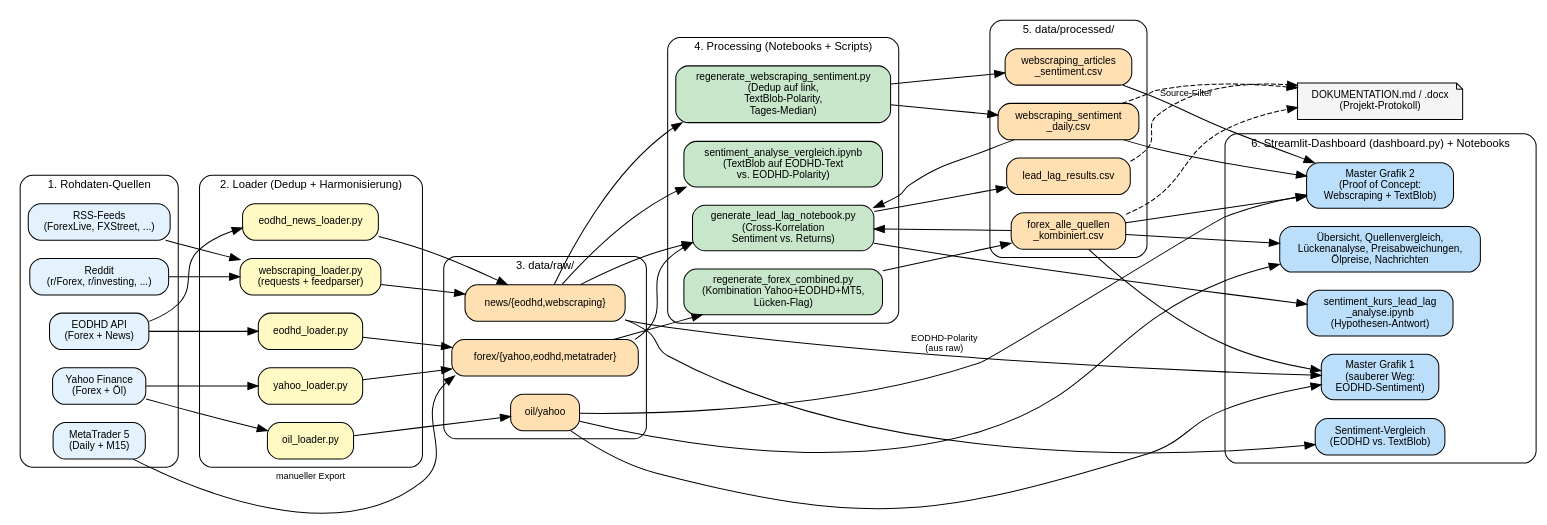
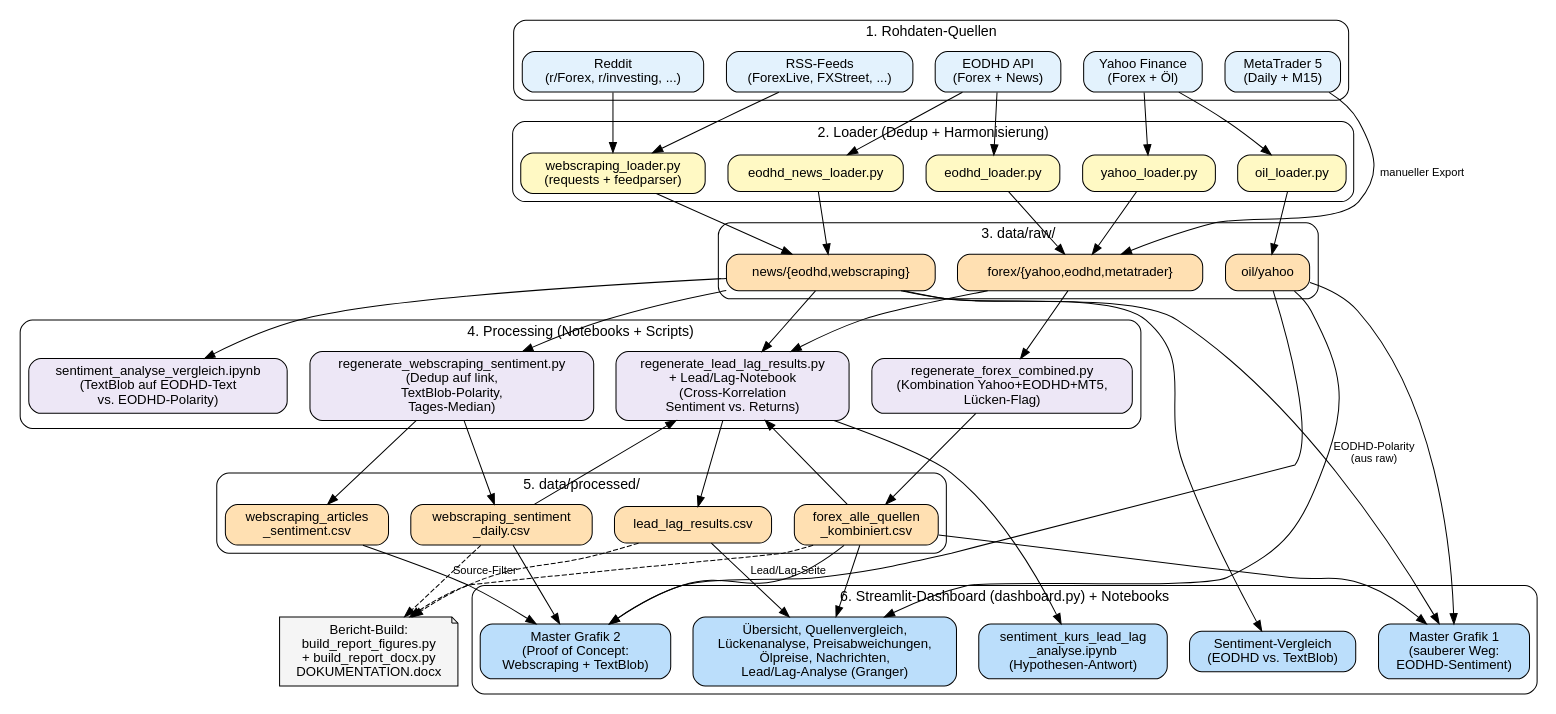
Before and after one commit to Jerycodes/26FS-BAI-Data-Engineering-and-Wrangling: the diagram in docs/architektur/pipeline.gv, drawn with Graphviz. The commit also changed 39 other files, not shown here.

```diff
--- a/docs/architektur/pipeline.gv
+++ b/docs/architektur/pipeline.gv
@@ -1,122 +1,126 @@
-// Quelle: extrahiert aus dashboard.py "Workflow"-Seite (Stand 2026-05-06).
-// Identisch zu st.graphviz_chart(workflow_dot, ...) im Dashboard, damit der
-// statische Bericht und das interaktive Dashboard dasselbe Diagramm zeigen.
+// Pipeline-Diagramm fuer den Bericht (Abbildung 1 in DOKUMENTATION.docx).
+// Urspruenglich aus der dashboard.py "Workflow"-Seite extrahiert, fuer den
+// Bericht aber angepasst: vertikales Layout (rankdir=TB, lesbarer im A4-
+// Hochformat), groessere Schrift, violette statt gruene Prozess-Knoten
+// (Bericht-Farbregel: kein Rot/Gruen).
 //
 // Rendern:
 //   dot -Tpng pipeline.gv -o pipeline.png
 //   dot -Tsvg pipeline.gv -o pipeline.svg
 // (Dot via `brew install graphviz`. Alternativ online: https://dreampuf.github.io/GraphvizOnline/)
 
 digraph workflow {
-    rankdir=LR;
+    rankdir=TB;
+    ranksep=0.55; nodesep=0.3;
     bgcolor="white";
-    node [fontname="Helvetica", fontsize=10, style="filled,rounded", shape=box, margin="0.15,0.08"];
-    edge [fontname="Helvetica", fontsize=9, color="#888"];
+    node [fontname="Helvetica", fontsize=13, style="filled,rounded", shape=box, margin="0.15,0.08"];
+    edge [fontname="Helvetica", fontsize=11, color="#888"];
 
     // Farben nach Schicht
     subgraph cluster_sources {
         label="1. Rohdaten-Quellen";
-        fontname="Helvetica"; fontsize=11; style=rounded; color="#999";
+        fontname="Helvetica"; fontsize=14; style=rounded; color="#999";
         yahoo   [label="Yahoo Finance\n(Forex + Öl)",          fillcolor="#E3F2FD"];
         eodhd   [label="EODHD API\n(Forex + News)",             fillcolor="#E3F2FD"];
         mt5     [label="MetaTrader 5\n(Daily + M15)",           fillcolor="#E3F2FD"];
         rss     [label="RSS-Feeds\n(ForexLive, FXStreet, ...)", fillcolor="#E3F2FD"];
         reddit  [label="Reddit\n(r/Forex, r/investing, ...)",   fillcolor="#E3F2FD"];
     }
 
     subgraph cluster_loaders {
         label="2. Loader (Dedup + Harmonisierung)";
-        fontname="Helvetica"; fontsize=11; style=rounded; color="#999";
+        fontname="Helvetica"; fontsize=14; style=rounded; color="#999";
         yahoo_l   [label="yahoo_loader.py",          fillcolor="#FFF9C4"];
         eodhd_l   [label="eodhd_loader.py",          fillcolor="#FFF9C4"];
         news_l    [label="eodhd_news_loader.py",     fillcolor="#FFF9C4"];
         web_l     [label="webscraping_loader.py\n(requests + feedparser)", fillcolor="#FFF9C4"];
         oil_l     [label="oil_loader.py",            fillcolor="#FFF9C4"];
     }
 
     subgraph cluster_raw {
         label="3. data/raw/";
-        fontname="Helvetica"; fontsize=11; style=rounded; color="#999";
+        fontname="Helvetica"; fontsize=14; style=rounded; color="#999";
         raw_fx    [label="forex/{yahoo,eodhd,metatrader}", fillcolor="#FFE0B2"];
         raw_news  [label="news/{eodhd,webscraping}",       fillcolor="#FFE0B2"];
         raw_oil   [label="oil/yahoo",                      fillcolor="#FFE0B2"];
     }
 
     subgraph cluster_processed {
         label="4. Processing (Notebooks + Scripts)";
-        fontname="Helvetica"; fontsize=11; style=rounded; color="#999";
-        fx_combine  [label="regenerate_forex_combined.py\n(Kombination Yahoo+EODHD+MT5,\nLücken-Flag)", fillcolor="#C8E6C9"];
-        news_sent   [label="regenerate_webscraping_sentiment.py\n(Dedup auf link,\nTextBlob-Polarity,\nTages-Median)", fillcolor="#C8E6C9"];
-        eodhd_sent  [label="sentiment_analyse_vergleich.ipynb\n(TextBlob auf EODHD-Text\n vs. EODHD-Polarity)",          fillcolor="#C8E6C9"];
-        lead_lag    [label="generate_lead_lag_notebook.py\n(Cross-Korrelation\nSentiment vs. Returns)", fillcolor="#C8E6C9"];
+        fontname="Helvetica"; fontsize=14; style=rounded; color="#999";
+        fx_combine  [label="regenerate_forex_combined.py\n(Kombination Yahoo+EODHD+MT5,\nLücken-Flag)", fillcolor="#EDE7F6"];
+        news_sent   [label="regenerate_webscraping_sentiment.py\n(Dedup auf link,\nTextBlob-Polarity,\nTages-Median)", fillcolor="#EDE7F6"];
+        eodhd_sent  [label="sentiment_analyse_vergleich.ipynb\n(TextBlob auf EODHD-Text\n vs. EODHD-Polarity)",          fillcolor="#EDE7F6"];
+        lead_lag    [label="regenerate_lead_lag_results.py\n+ Lead/Lag-Notebook\n(Cross-Korrelation\nSentiment vs. Returns)", fillcolor="#EDE7F6"];
     }
 
     subgraph cluster_processed_data {
         label="5. data/processed/";
-        fontname="Helvetica"; fontsize=11; style=rounded; color="#999";
+        fontname="Helvetica"; fontsize=14; style=rounded; color="#999";
         fx_combined   [label="forex_alle_quellen\n_kombiniert.csv",        fillcolor="#FFE0B2"];
         ws_daily      [label="webscraping_sentiment\n_daily.csv",          fillcolor="#FFE0B2"];
         ws_articles   [label="webscraping_articles\n_sentiment.csv",       fillcolor="#FFE0B2"];
         ll_results    [label="lead_lag_results.csv",                       fillcolor="#FFE0B2"];
     }
 
     subgraph cluster_dashboard {
         label="6. Streamlit-Dashboard (dashboard.py) + Notebooks";
-        fontname="Helvetica"; fontsize=11; style=rounded; color="#999";
+        fontname="Helvetica"; fontsize=14; style=rounded; color="#999";
         mg1  [label="Master Grafik 1\n(sauberer Weg:\nEODHD-Sentiment)",                fillcolor="#BBDEFB"];
         mg2  [label="Master Grafik 2\n(Proof of Concept:\nWebscraping + TextBlob)",      fillcolor="#BBDEFB"];
         svg  [label="Sentiment-Vergleich\n(EODHD vs. TextBlob)",                         fillcolor="#BBDEFB"];
         ll_nb [label="sentiment_kurs_lead_lag\n_analyse.ipynb\n(Hypothesen-Antwort)",    fillcolor="#BBDEFB"];
-        other [label="Übersicht, Quellenvergleich,\nLückenanalyse, Preisabweichungen,\nÖlpreise, Nachrichten", fillcolor="#BBDEFB"];
+        other [label="Übersicht, Quellenvergleich,\nLückenanalyse, Preisabweichungen,\nÖlpreise, Nachrichten,\nLead/Lag-Analyse (Granger)", fillcolor="#BBDEFB"];
     }
 
     // Kanten: Rohdatenquelle -> Loader
     yahoo  -> yahoo_l;
     eodhd  -> eodhd_l;
     eodhd  -> news_l;
     mt5    -> raw_fx    [label="manueller Export"];
     rss    -> web_l;
     reddit -> web_l;
     yahoo  -> oil_l;
 
     // Loader -> Raw-Storage
     yahoo_l -> raw_fx;
     eodhd_l -> raw_fx;
     news_l  -> raw_news;
     web_l   -> raw_news;
     oil_l   -> raw_oil;
 
     // Raw -> Processing
     raw_fx   -> fx_combine;
     raw_news -> news_sent;
     raw_news -> eodhd_sent;
     raw_fx   -> lead_lag;
     raw_news -> lead_lag;
 
     // Processing -> Processed Storage
     fx_combine -> fx_combined;
     news_sent  -> ws_daily;
     news_sent  -> ws_articles;
     lead_lag   -> ll_results;
 
     // Processed -> Dashboard / Notebooks
     fx_combined -> mg1;
     fx_combined -> mg2;
     fx_combined -> other;
     fx_combined -> lead_lag;
     ws_daily    -> lead_lag;
     raw_news    -> mg1      [label="EODHD-Polarity\n(aus raw)"];
     ws_daily    -> mg2;
     ws_articles -> mg2      [label="Source-Filter"];
     raw_news    -> svg;
     raw_oil     -> mg1;
     raw_oil     -> mg2;
     raw_oil     -> other;
     lead_lag    -> ll_nb;
+    ll_results  -> other   [label="Lead/Lag-Seite"];
 
     // Doku rechts unten
-    doc [label="DOKUMENTATION.md / .docx\n(Projekt-Protokoll)", shape=note, fillcolor="#F5F5F5"];
+    doc [label="Bericht-Build:\nbuild_report_figures.py\n+ build_report_docx.py\nDOKUMENTATION.docx", shape=note, fillcolor="#F5F5F5"];
     fx_combined -> doc [style=dashed, color="#BBB"];
     ws_daily    -> doc [style=dashed, color="#BBB"];
     ll_results  -> doc [style=dashed, color="#BBB"];
 }
```
